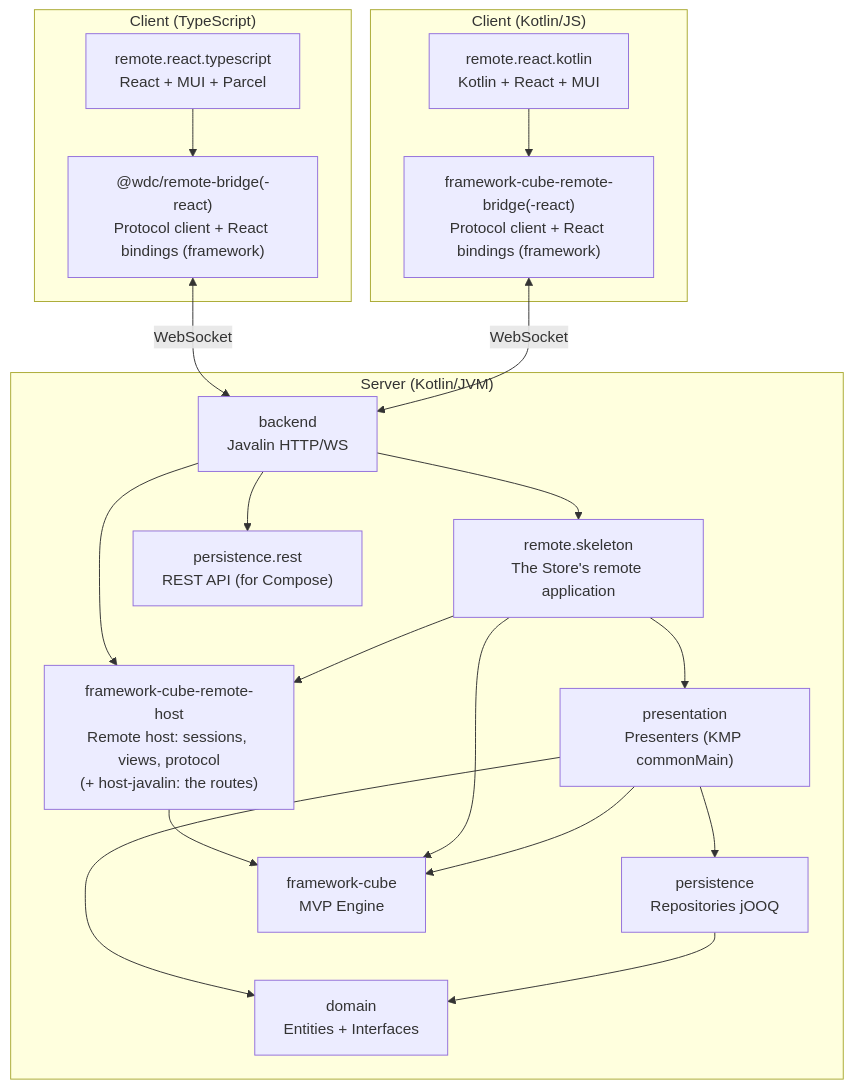
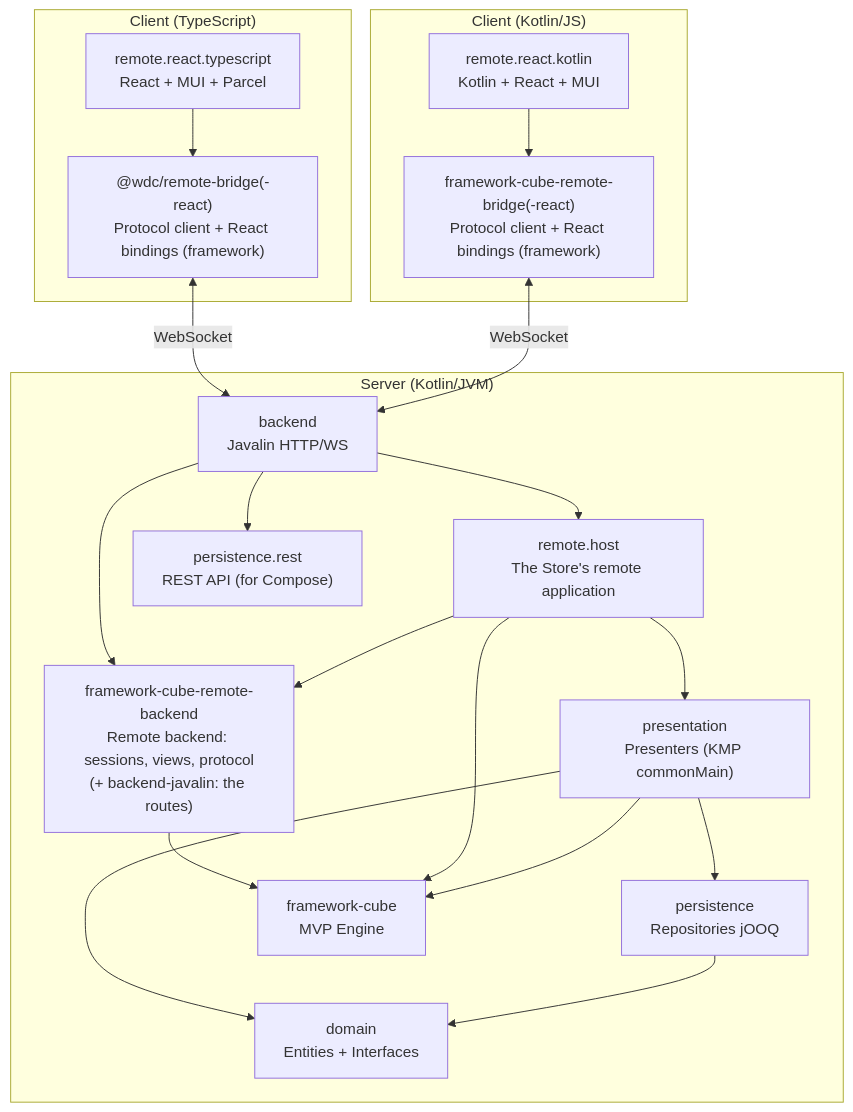
Before and after one commit to mrcdom/wdc-cube-kotlin: the third of 9 diagrams in docs/architecture-react.md, drawn with Mermaid. The commit also changed other lines of this file and 52 other files, not shown here.

First line of the commit message:
refactor(remote): the framework's server side is remote.backend, the Store's is remote.host

````diff
--- a/docs/architecture-react.md
+++ b/docs/architecture-react.md
@@ -87,39 +87,39 @@
 ```mermaid
 graph TB
     subgraph "Client (TypeScript)"
         RC["remote.react.typescript<br/>React + MUI + Parcel"]
         BRG["@wdc/remote-bridge(-react)<br/>Protocol client + React bindings (framework)"]
     end
 
     subgraph "Client (Kotlin/JS)"
         RK["remote.react.kotlin<br/>Kotlin + React + MUI"]
         BRK["framework-cube-remote-bridge(-react)<br/>Protocol client + React bindings (framework)"]
     end
 
     subgraph "Server (Kotlin/JVM)"
         BACK["backend<br/>Javalin HTTP/WS"]
-        SKEL["remote.skeleton<br/>The Store's remote application"]
-        FCR["framework-cube-remote-host<br/>Remote host: sessions, views, protocol<br/>(+ host-javalin: the routes)"]
+        SKEL["remote.host<br/>The Store's remote application"]
+        FCR["framework-cube-remote-backend<br/>Remote backend: sessions, views, protocol<br/>(+ backend-javalin: the routes)"]
         PRES["presentation<br/>Presenters (KMP commonMain)"]
         PERS["persistence<br/>Repositories jOOQ"]
         PERSR["persistence.rest<br/>REST API (for Compose)"]
         DOM["domain<br/>Entities + Interfaces"]
         CUBE["framework-cube<br/>MVP Engine"]
     end
 
     RC --> BRG
     BRG <-->|WebSocket| BACK
     RK --> BRK
     BRK <-->|WebSocket| BACK
     BACK --> SKEL
     BACK --> FCR
     SKEL --> FCR
     FCR --> CUBE
     BACK --> PERSR
     SKEL --> PRES
     PRES --> DOM
     PRES --> PERS
     PERS --> DOM
     SKEL --> CUBE
     PRES --> CUBE
 ```
````
